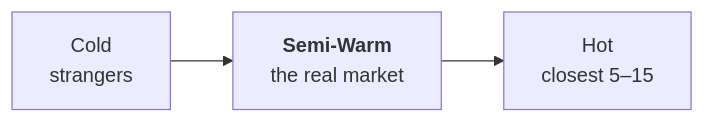
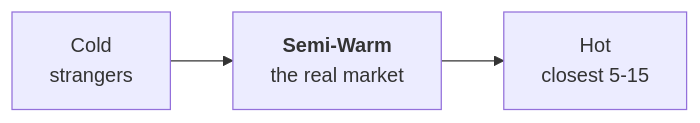
The first of 3 diagrams in docs/first-60-days/week-7/day-39.md (leotansingapore/aia-product-compass-hub), drawn with Mermaid before and after one commit. The commit also changed other lines of this file and 75 other files, not shown here.

````diff
--- a/docs/first-60-days/week-7/day-39.md
+++ b/docs/first-60-days/week-7/day-39.md
@@ -78,4 +78,4 @@
 ```mermaid
 flowchart LR
-    COLD["Cold<br/>strangers"] --> SEMIWARM["<b>Semi-Warm</b><br/>the real market"] --> HOT["Hot<br/>closest 5–15"]
+    COLD["Cold<br/>strangers"] --> SEMIWARM["<b>Semi-Warm</b><br/>the real market"] --> HOT["Hot<br/>closest 5-15"]
 ```
````
